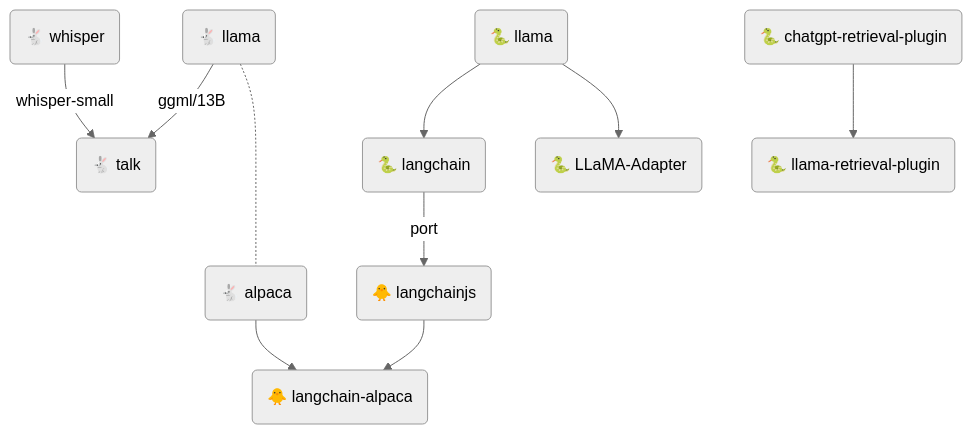
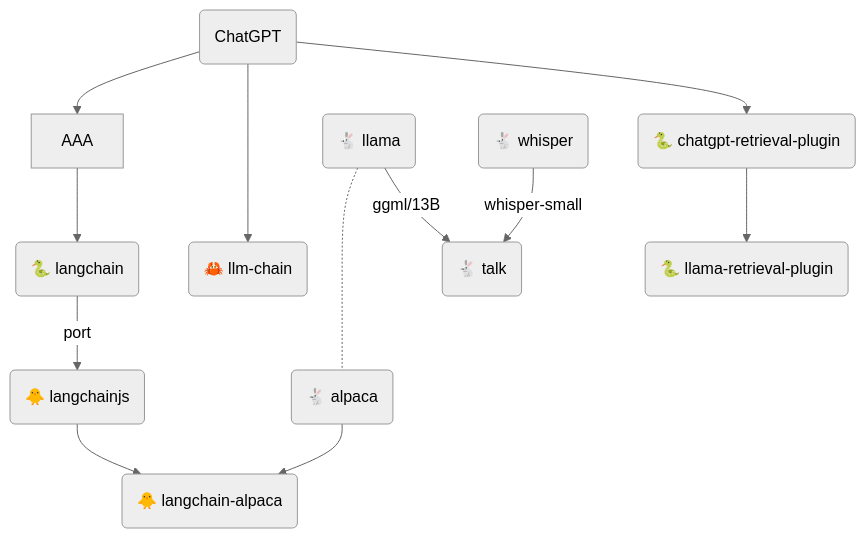
The fourth of 4 diagrams in src/ml/llama.md (gist-rs/book), drawn with Mermaid (neutral theme) before and after one commit. The commit also changed other lines of this file, not shown here.

````diff
--- a/src/ml/llama.md
+++ b/src/ml/llama.md
@@ -95,14 +96,17 @@
 ```mermaid
 graph TD;
-AAA("🐍 llama") --> BB("🐍 LLaMA-Adapter")
+AAAA("ChatGPT")
+AAAA --> AAA
+AAAA ---> J("🦀 llm-chain")
+AAAA --> I
 AAA --> A
 A("🐍 langchain")
 A --port--> AA("🐥 langchainjs")
 AA --> B("🐥 langchain-alpaca")
 D("🐇 alpaca") --> B
 E-..-D
 E("🐇 llama") --ggml/13B--> H
 F("🐇 whisper") --whisper-small--> H
 H("🐇 talk")
 I("🐍 chatgpt-retrieval-plugin") --> II("🐍 llama-retrieval-plugin")
 ```
````
